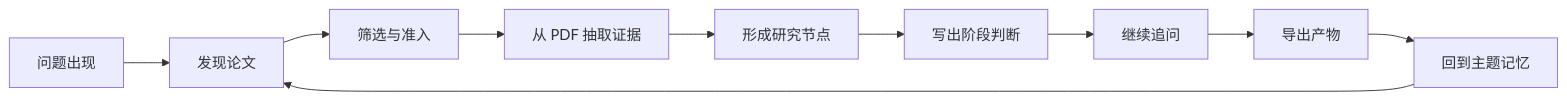
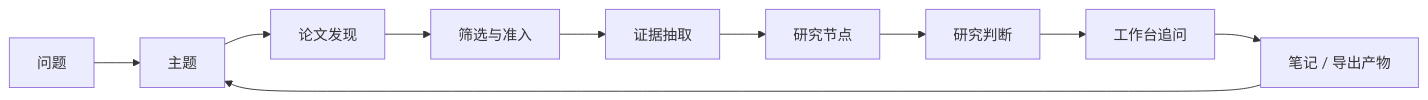
Before and after one commit to AI-yyf/TraceMind: the diagram in docs/README.zh-CN.md, drawn with Mermaid. The commit also changed other lines of this file and 7 other files, not shown here.

````diff
--- a/docs/README.zh-CN.md
+++ b/docs/README.zh-CN.md
@@ -355,12 +171,12 @@
 ```mermaid
 flowchart LR
-    A["问题出现"] --> B["发现论文"]
-    B --> C["筛选与准入"]
-    C --> D["从 PDF 抽取证据"]
-    D --> E["形成研究节点"]
-    E --> F["写出阶段判断"]
-    F --> G["继续追问"]
-    G --> H["导出产物"]
-    H --> I["回到主题记忆"]
+    A["问题"] --> B["主题"]
+    B --> C["论文发现"]
+    C --> D["筛选与准入"]
+    D --> E["证据抽取"]
+    E --> F["研究节点"]
+    F --> G["研究判断"]
+    G --> H["工作台追问"]
+    H --> I["笔记 / 导出产物"]
     I --> B
 ```
````
